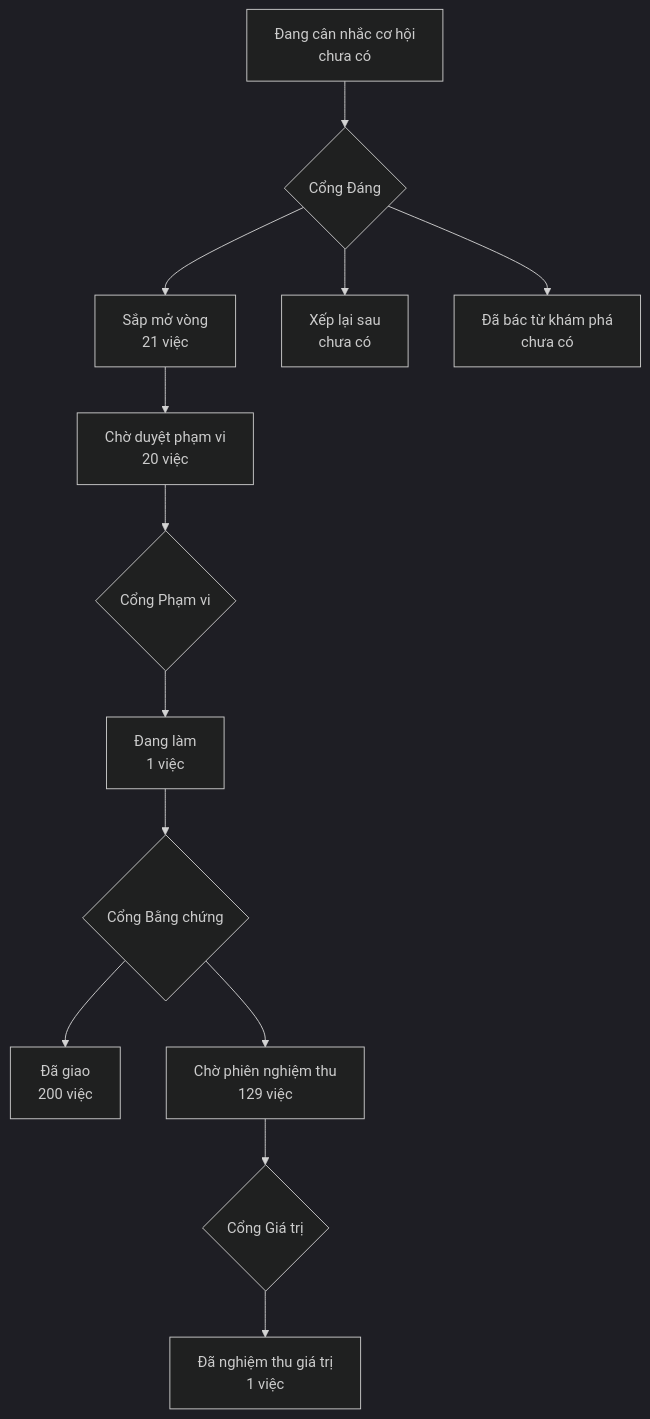
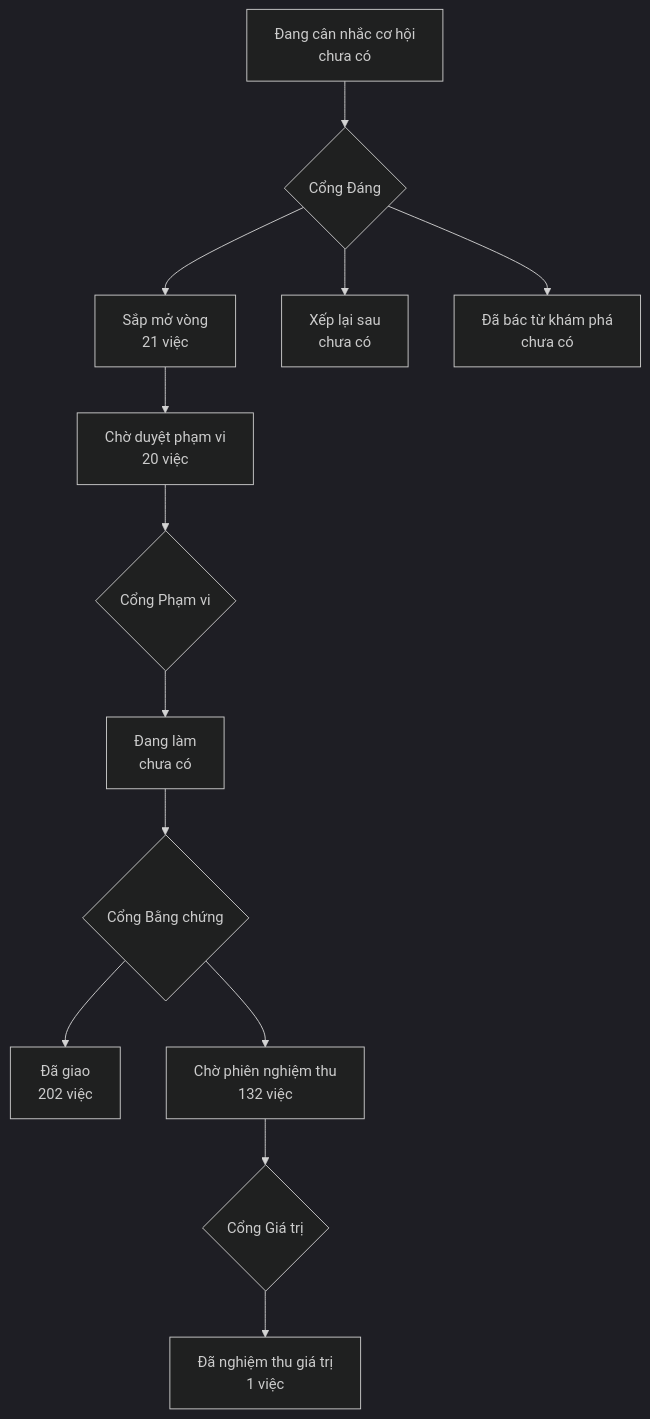
The diagram in PRODUCT-MAP.md (phanlemanh/onehub-invest), drawn with Mermaid (dark theme) before and after one commit. The commit also changed other lines of this file and 7 other files, not shown here.

````diff
--- a/PRODUCT-MAP.md
+++ b/PRODUCT-MAP.md
@@ -7,12 +7,12 @@
 ```mermaid
 flowchart TD
   A["Đang cân nhắc cơ hội<br/>chưa có"] --> GD{"Cổng Đáng"}
   GD --> B["Sắp mở vòng<br/>21 việc"]
   GD --> XL["Xếp lại sau<br/>chưa có"]
   GD --> DB["Đã bác từ khám phá<br/>chưa có"]
   B --> CD["Chờ duyệt phạm vi<br/>20 việc"] --> GP{"Cổng Phạm vi"}
-  GP --> DL["Đang làm<br/>1 việc"] --> GB{"Cổng Bằng chứng"}
-  GB --> DG["Đã giao<br/>200 việc"]
-  GB --> CN["Chờ phiên nghiệm thu<br/>129 việc"] --> GG{"Cổng Giá trị"}
+  GP --> DL["Đang làm<br/>chưa có"] --> GB{"Cổng Bằng chứng"}
+  GB --> DG["Đã giao<br/>202 việc"]
+  GB --> CN["Chờ phiên nghiệm thu<br/>132 việc"] --> GG{"Cổng Giá trị"}
   GG --> NT["Đã nghiệm thu giá trị<br/>1 việc"]
 ```
````
